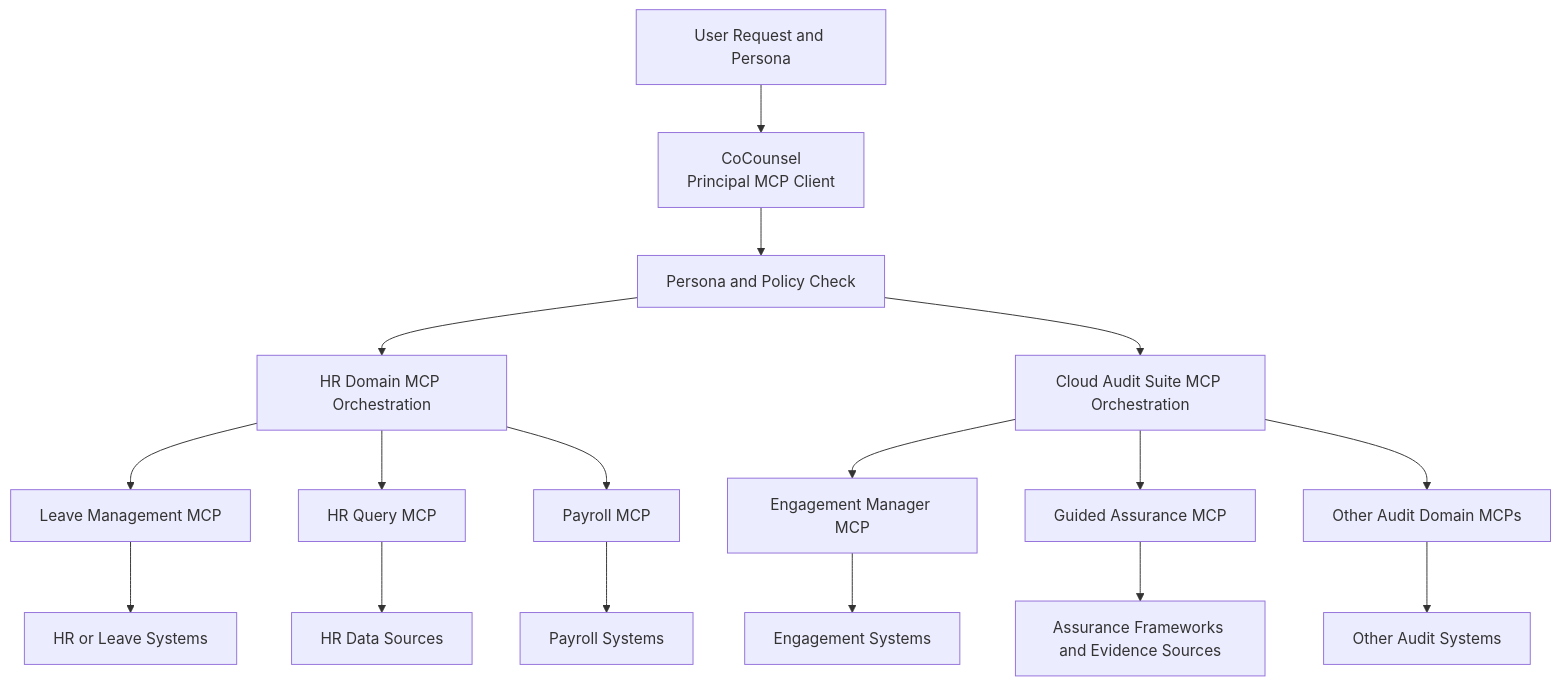
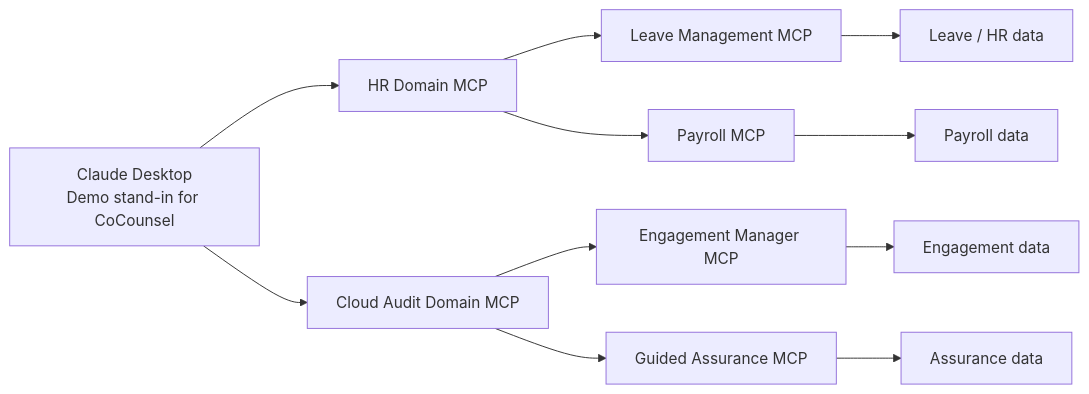
One commit to JayLathiaTR/mcp-orch-reverse-proxy-poc changed the diagram in README.md. Above: the diagram before and after it, drawn with Mermaid. The commit also changed other lines of this file and 31 other files, not shown here.

Commit message:
MCP reverse proxy architecture

````diff
--- a/README.md
+++ b/README.md
@@ -142,25 +13,18 @@
 ```mermaid
-flowchart TD
-  U[User Request and Persona]
-  U --> A[CoCounsel<br/>Principal MCP Client]
+flowchart LR
+  C[Claude Desktop<br/>Demo stand-in for CoCounsel]
 
-  A --> P[Persona and Policy Check]
-  P --> B[HR Domain MCP Orchestration]
-  P --> C[Cloud Audit Suite MCP Orchestration]
+  C --> HR[HR Domain MCP]
+  C --> CA[Cloud Audit Domain MCP]
 
-  B --> B1[Leave Management MCP]
-  B --> B2[HR Query MCP]
-  B --> B3[Payroll MCP]
+  HR --> LM[Leave Management MCP]
+  HR --> PY[Payroll MCP]
 
-  C --> C1[Engagement Manager MCP]
-  C --> C2[Guided Assurance MCP]
-  C --> C3[Other Audit Domain MCPs]
+  CA --> EM[Engagement Manager MCP]
+  CA --> GA[Guided Assurance MCP]
 
-  B1 --> S1[HR or Leave Systems]
-  B2 --> S2[HR Data Sources]
-  B3 --> S3[Payroll Systems]
-
-  C1 --> S4[Engagement Systems]
-  C2 --> S5[Assurance Frameworks and Evidence Sources]
-  C3 --> S6[Other Audit Systems]
+  LM --> S1[Leave / HR data]
+  PY --> S2[Payroll data]
+  EM --> S3[Engagement data]
+  GA --> S4[Assurance data]
 ```
````
